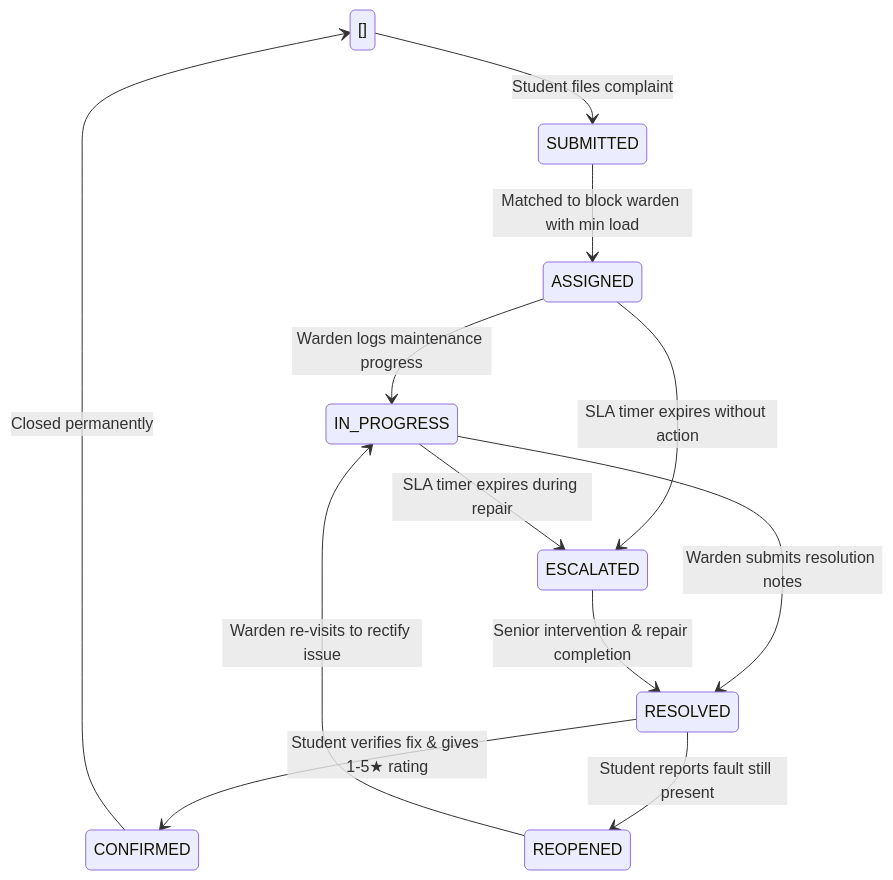
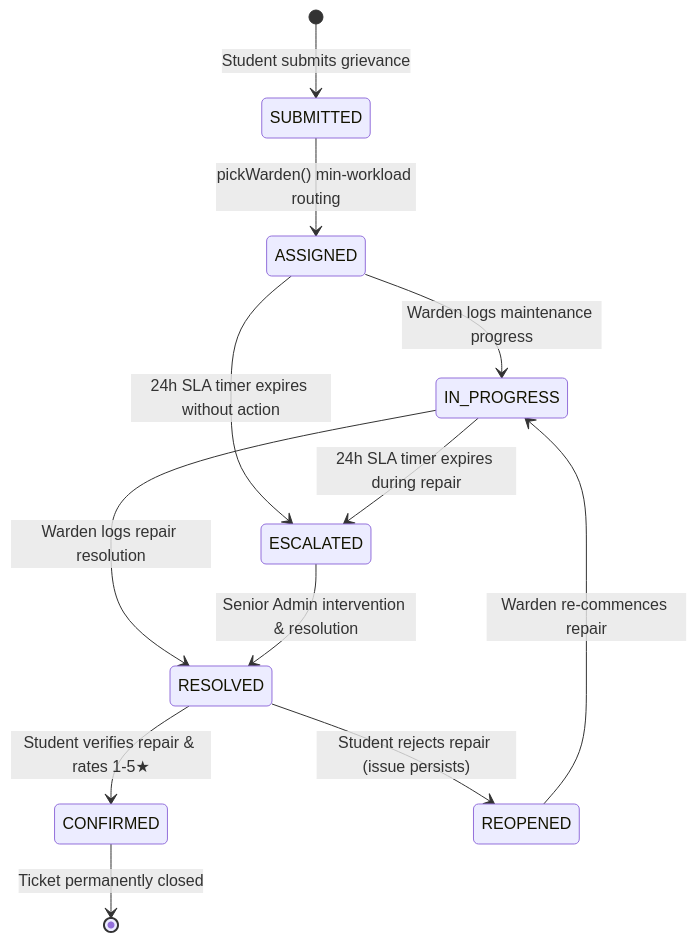
Before and after one commit to Ujjaval-gupta-10/GrievanceSystem_: the third of 6 diagrams in PROJECT_REPORT.md, drawn with Mermaid. The commit also changed other lines of this file, not shown here.

````diff
--- a/PROJECT_REPORT.md
+++ b/PROJECT_REPORT.md
@@ -283,15 +344,14 @@
 ```mermaid
 stateDiagram-v2
-[] --> SUBMITTED: Student files complaint
-
-SUBMITTED --> ASSIGNED: Matched to block warden with min load
-ASSIGNED --> IN_PROGRESS: Warden logs maintenance progress
-ASSIGNED --> ESCALATED: SLA timer expires without action
-IN_PROGRESS --> RESOLVED: Warden submits resolution notes
-IN_PROGRESS --> ESCALATED: SLA timer expires during repair
-ESCALATED --> RESOLVED: Senior intervention & repair completion
-RESOLVED --> CONFIRMED: Student verifies fix & gives 1-5★ rating
-RESOLVED --> REOPENED: Student reports fault still present
-REOPENED --> IN_PROGRESS: Warden re-visits to rectify issue
-CONFIRMED --> []: Closed permanently
+    [*] --> SUBMITTED : Student submits grievance
+    SUBMITTED --> ASSIGNED : pickWarden() min-workload routing
+    ASSIGNED --> IN_PROGRESS : Warden logs maintenance progress
+    ASSIGNED --> ESCALATED : 24h SLA timer expires without action
+    IN_PROGRESS --> RESOLVED : Warden logs repair resolution
+    IN_PROGRESS --> ESCALATED : 24h SLA timer expires during repair
+    ESCALATED --> RESOLVED : Senior Admin intervention & resolution
+    RESOLVED --> CONFIRMED : Student verifies repair & rates 1-5★
+    RESOLVED --> REOPENED : Student rejects repair (issue persists)
+    REOPENED --> IN_PROGRESS : Warden re-commences repair
+    CONFIRMED --> [*] : Ticket permanently closed
 ```
````
